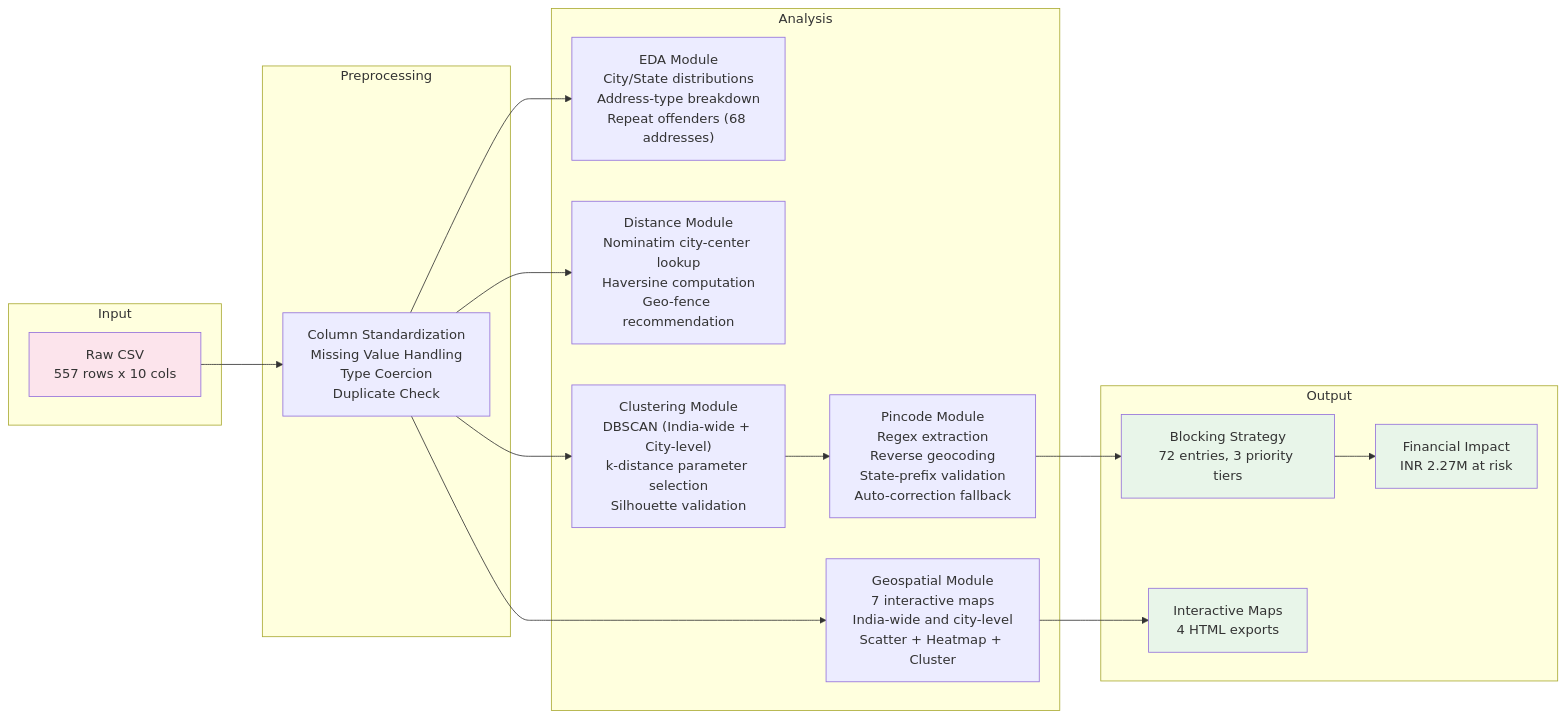
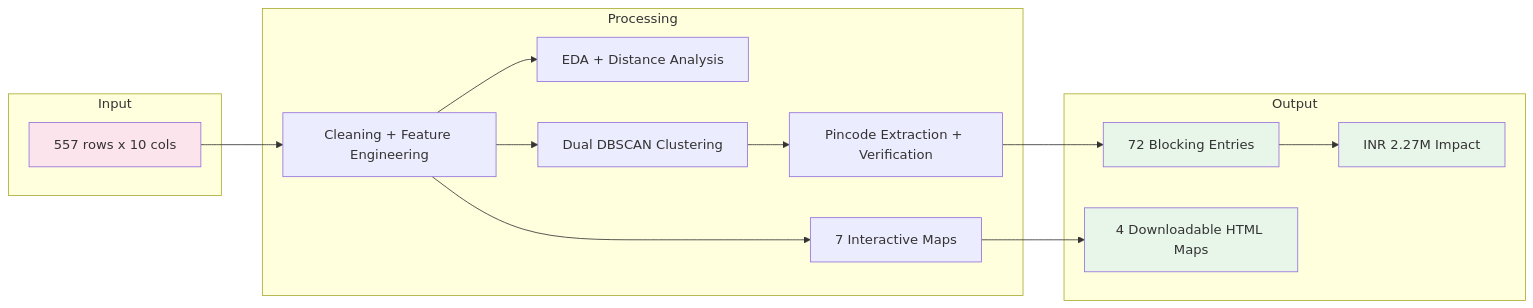
Before and after one commit to Raakshass/oox-outskirt-geoblocking-analysis: the second of 5 diagrams in README.md, drawn with Mermaid. The commit also changed other lines of this file and 7 other files, not shown here.

````diff
--- a/README.md
+++ b/README.md
@@ -125,38 +77,30 @@
 ```mermaid
 graph LR
     subgraph Input
-        CSV["Raw CSV<br/>557 rows x 10 cols"]
+        CSV["557 rows x 10 cols"]
     end
 
-    subgraph Preprocessing
-        CLEAN["Column Standardization<br/>Missing Value Handling<br/>Type Coercion<br/>Duplicate Check"]
-    end
-
-    subgraph Analysis
-        EDA["EDA Module<br/>City/State distributions<br/>Address-type breakdown<br/>Repeat offenders (68 addresses)"]
-        DIST["Distance Module<br/>Nominatim city-center lookup<br/>Haversine computation<br/>Geo-fence recommendation"]
-        GEO["Geospatial Module<br/>7 interactive maps<br/>India-wide and city-level<br/>Scatter + Heatmap + Cluster"]
-        CLUST["Clustering Module<br/>DBSCAN (India-wide + City-level)<br/>k-distance parameter selection<br/>Silhouette validation"]
-        PIN["Pincode Module<br/>Regex extraction<br/>Reverse geocoding<br/>State-prefix validation<br/>Auto-correction fallback"]
+    subgraph Processing
+        CLEAN["Cleaning + Feature Engineering"]
+        EDA["EDA + Distance Analysis"]
+        GEO["7 Interactive Maps"]
+        CLUST["Dual DBSCAN Clustering"]
+        PIN["Pincode Extraction + Verification"]
     end
 
     subgraph Output
-        BLOCK["Blocking Strategy<br/>72 entries, 3 priority tiers"]
-        FIN["Financial Impact<br/>INR 2.27M at risk"]
-        MAPS["Interactive Maps<br/>4 HTML exports"]
+        BLOCK["72 Blocking Entries"]
+        FIN["INR 2.27M Impact"]
+        MAPS["4 Downloadable HTML Maps"]
     end
 
     CSV --> CLEAN --> EDA
-    CLEAN --> DIST
     CLEAN --> GEO
-    CLEAN --> CLUST
-    CLUST --> PIN
-    PIN --> BLOCK
-    BLOCK --> FIN
+    CLEAN --> CLUST --> PIN --> BLOCK --> FIN
     GEO --> MAPS
 
     style CSV fill:#fce4ec
     style BLOCK fill:#e8f5e9
     style FIN fill:#e8f5e9
     style MAPS fill:#e8f5e9
 ```
````
